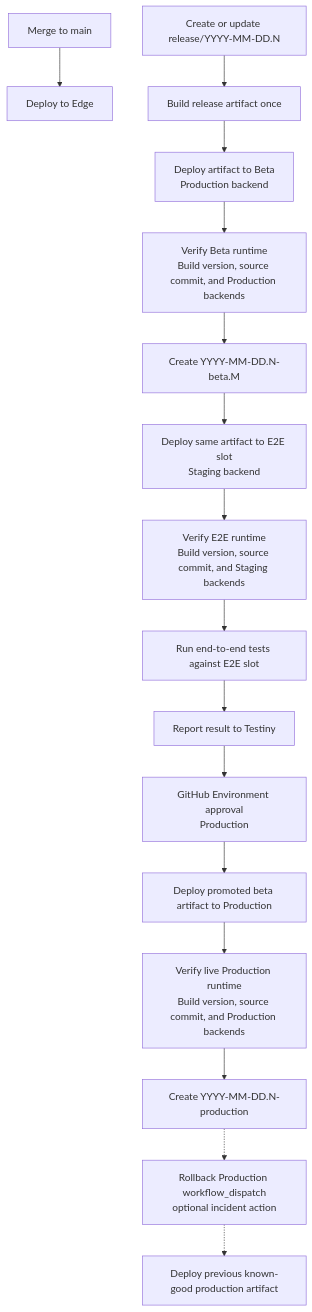
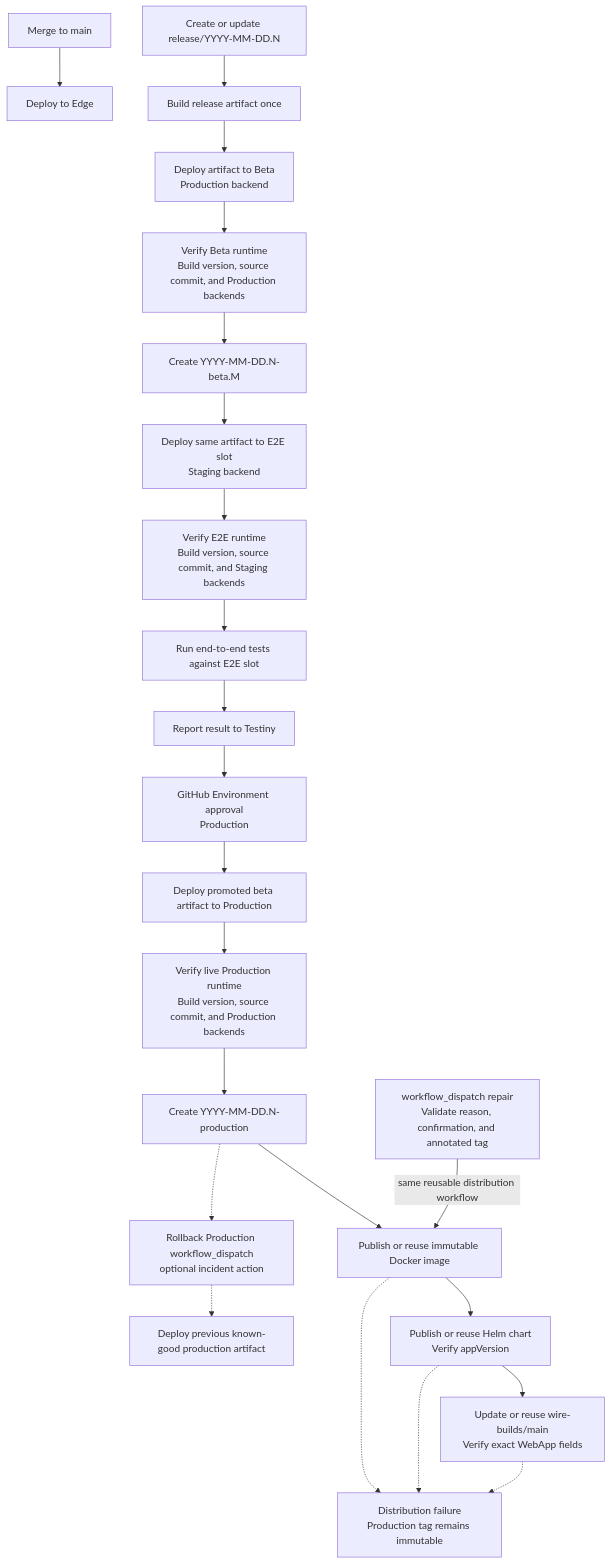
Before and after one commit to wireapp/wire-webapp: the second of 2 diagrams in docs/decision-records/0002-trunk-based-automated-release-process.md, drawn with Mermaid. The commit also changed other lines of this file and 12 other files, not shown here.

First line of the commit message:
Publish Production distribution from Release Cloud

````diff
--- a/docs/decision-records/0002-trunk-based-automated-release-process.md
+++ b/docs/decision-records/0002-trunk-based-automated-release-process.md
@@ -129,26 +144,36 @@
 ```mermaid
 flowchart TD
   mergeToMain[Merge to main]
   deployToEdge[Deploy to Edge]
   createReleaseBranch[Create or update release/YYYY-MM-DD.N]
   buildArtifact[Build release artifact once]
   deployToBeta[Deploy artifact to Beta<br/>Production backend]
   verifyBetaRuntime[Verify Beta runtime<br/>Build version, source commit, and Production backends]
   createBetaTag[Create YYYY-MM-DD.N-beta.M]
   deployToE2E[Deploy same artifact to E2E slot<br/>Staging backend]
   verifyE2ERuntime[Verify E2E runtime<br/>Build version, source commit, and Staging backends]
   runEndToEndTests[Run end-to-end tests against E2E slot]
   reportToTestiny[Report result to Testiny]
   productionApproval[GitHub Environment approval<br/>Production]
   deployToProduction[Deploy promoted beta artifact to Production]
   verifyProductionRuntime[Verify live Production runtime<br/>Build version, source commit, and Production backends]
   createProductionTag[Create YYYY-MM-DD.N-production]
+  publishDocker[Publish or reuse immutable Docker image]
+  publishHelm[Publish or reuse Helm chart<br/>Verify appVersion]
+  updateWireBuilds[Update or reuse wire-builds/main<br/>Verify exact WebApp fields]
+  repairDistribution[workflow_dispatch repair<br/>Validate reason, confirmation, and annotated tag]
+  distributionFailure[Distribution failure<br/>Production tag remains immutable]
   rollbackWorkflow[Rollback Production workflow_dispatch<br/>optional incident action]
   deployKnownGoodArtifact[Deploy previous known-good production artifact]
 
   mergeToMain --> deployToEdge
   createReleaseBranch --> buildArtifact --> deployToBeta --> verifyBetaRuntime --> createBetaTag
   createBetaTag --> deployToE2E --> verifyE2ERuntime --> runEndToEndTests --> reportToTestiny
   reportToTestiny --> productionApproval --> deployToProduction --> verifyProductionRuntime --> createProductionTag
+  createProductionTag --> publishDocker --> publishHelm --> updateWireBuilds
+  repairDistribution -->|same reusable distribution workflow| publishDocker
+  updateWireBuilds -.-> distributionFailure
+  publishDocker -.-> distributionFailure
+  publishHelm -.-> distributionFailure
   createProductionTag -.-> rollbackWorkflow -.-> deployKnownGoodArtifact
 ```
````
